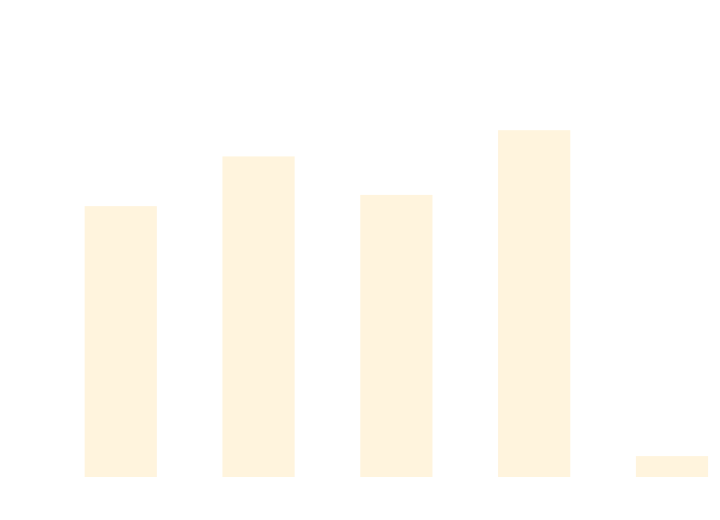
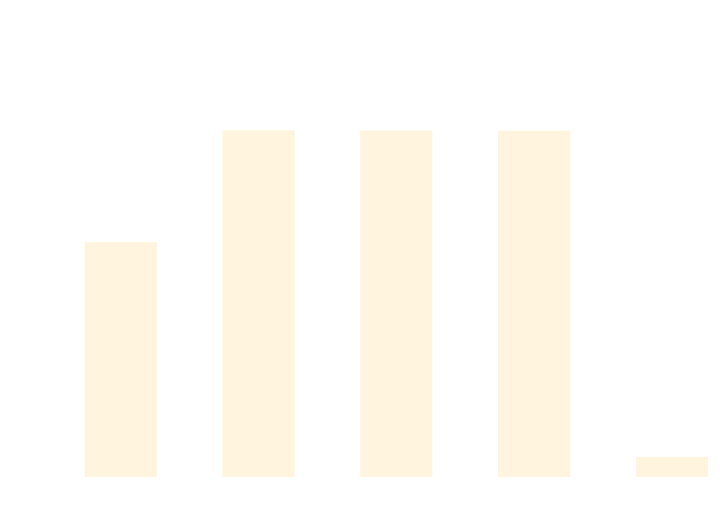
The diagram in docs/docs/benchmarks/DataDrivenTests.md (thomhurst/TUnit), drawn with Mermaid before and after one commit. The commit also changed other lines of this file and 17 other files, not shown here.

````diff
--- a/docs/docs/benchmarks/DataDrivenTests.md
+++ b/docs/docs/benchmarks/DataDrivenTests.md
@@ -27,37 +27,37 @@
 ```mermaid
 %%{init: {
   'theme':'base',
   'themeVariables': {
     'primaryColor': '#2563eb',
     'primaryTextColor': '#ffffff',
     'primaryBorderColor': '#1e40af',
     'lineColor': '#6b7280',
     'secondaryColor': '#7c3aed',
     'tertiaryColor': '#dc2626',
     'background': '#ffffff',
     'mainBkg': '#2563eb',
     'secondBkg': '#7c3aed',
     'tertiaryBkg': '#dc2626',
     'clusterBkg': '#f3f4f6',
     'edgeLabelBackground': '#ffffff',
     'tertiaryTextColor': '#1f2937',
     'pie1': '#2563eb',
     'pie2': '#7c3aed',
     'pie3': '#dc2626',
     'pie4': '#f59e0b',
     'pie5': '#10b981',
     'pie6': '#06b6d4',
     'pie7': '#ec4899',
     'pie8': '#6366f1',
     'pie9': '#84cc16',
     'pie10': '#f97316',
     'pie11': '#14b8a6',
     'pie12': '#a855f7'
   }
 }}%%
 xychart-beta
   title "DataDrivenTests Performance Comparison"
   x-axis ["TUnit", "NUnit", "MSTest", "xUnit3", "TUnit_AOT"]
-  y-axis "Time (ms)" 0 --> 688
-  bar [444.36, 528.38, 463.34, 572.73, 21.78]
+  y-axis "Time (ms)" 0 --> 750
+  bar [418.05, 624.17, 623.45, 623.26, 22.43]
 ```
````
